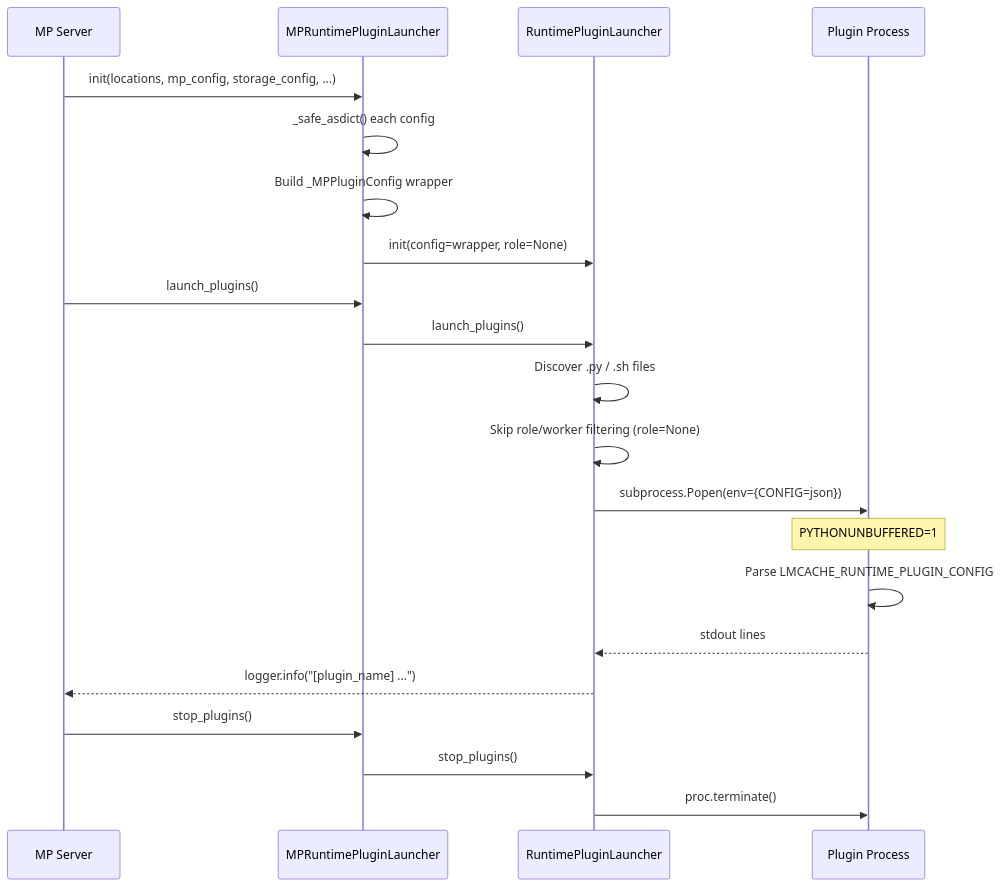
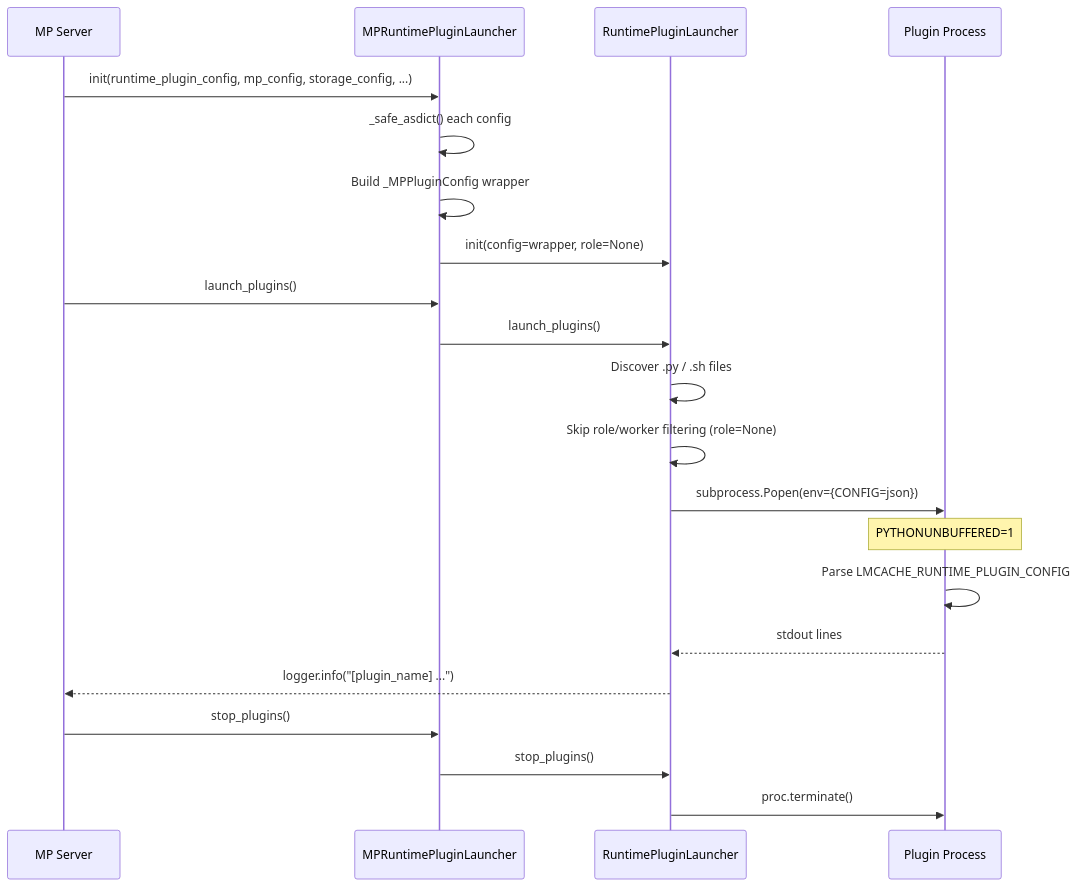
Before and after one commit to LMCache/LMCache: the second of 3 diagrams in docs/design/mp_runtime_plugin.md, drawn with Mermaid. The commit also changed other lines of this file and 4 other files, not shown here.

````diff
--- a/docs/design/mp_runtime_plugin.md
+++ b/docs/design/mp_runtime_plugin.md
@@ -107,26 +125,26 @@
 ```mermaid
 sequenceDiagram
     participant S as MP Server
     participant MPL as MPRuntimePluginLauncher
     participant RPL as RuntimePluginLauncher
     participant P as Plugin Process
 
-    S->>MPL: init(locations, mp_config, storage_config, ...)
+    S->>MPL: init(runtime_plugin_config, mp_config, storage_config, ...)
     MPL->>MPL: _safe_asdict() each config
     MPL->>MPL: Build _MPPluginConfig wrapper
     MPL->>RPL: init(config=wrapper, role=None)
 
     S->>MPL: launch_plugins()
     MPL->>RPL: launch_plugins()
     RPL->>RPL: Discover .py / .sh files
     RPL->>RPL: Skip role/worker filtering (role=None)
     RPL->>P: subprocess.Popen(env={CONFIG=json})
     Note over P: PYTHONUNBUFFERED=1
     P->>P: Parse LMCACHE_RUNTIME_PLUGIN_CONFIG
     P-->>RPL: stdout lines
     RPL-->>S: logger.info("[plugin_name] ...")
 
     S->>MPL: stop_plugins()
     MPL->>RPL: stop_plugins()
     RPL->>P: proc.terminate()
 ```
````
